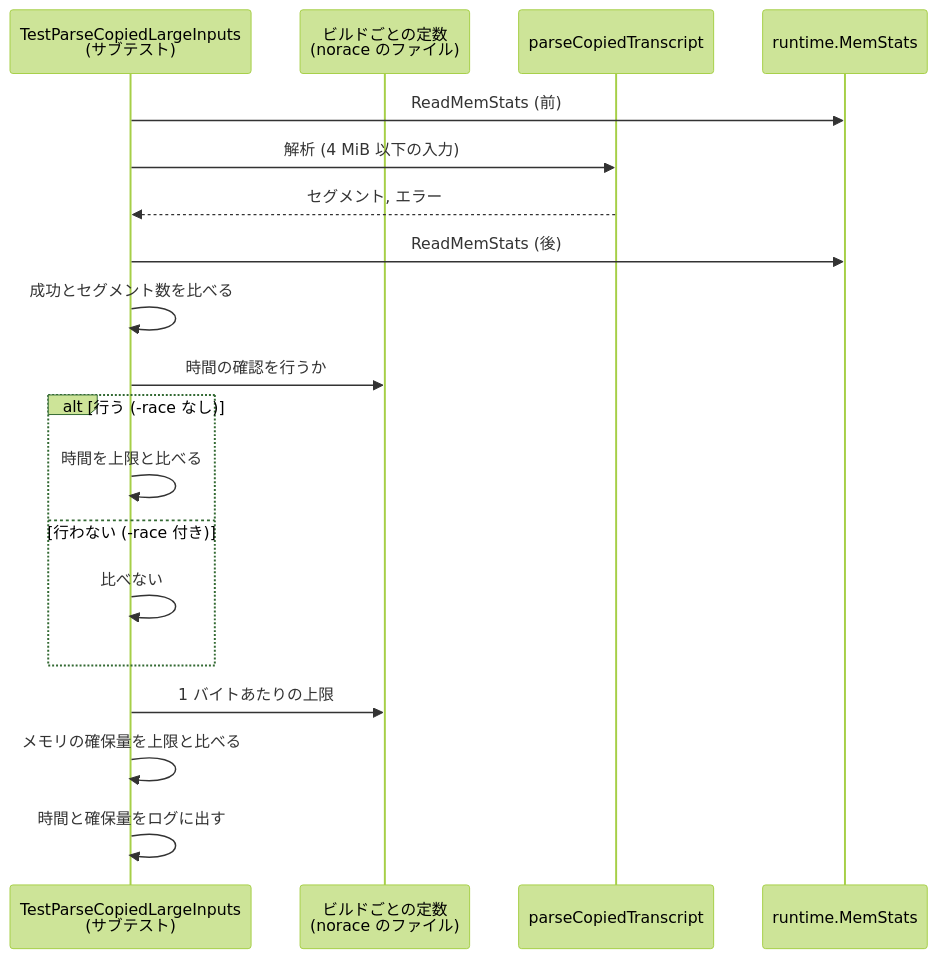
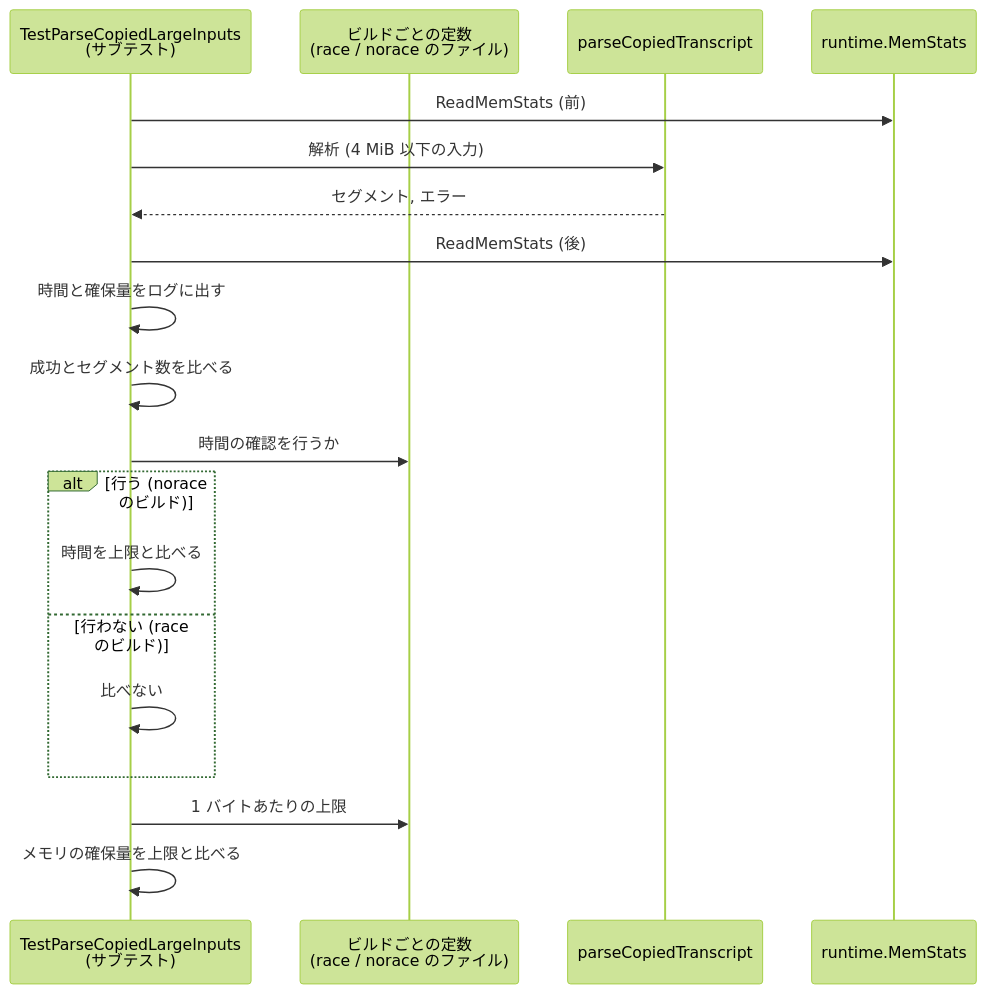
The fifth of 7 diagrams in docs/tasks/0039_large_input_test_timeout/02_architecture.md (isseis/yt2column), drawn with Mermaid (forest theme) before and after one commit. The commit also changed other lines of this file, not shown here.

First line of the commit message:
docs(0039): address architecture review and Japanese prose findings

````diff
--- a/docs/tasks/0039_large_input_test_timeout/02_architecture.md
+++ b/docs/tasks/0039_large_input_test_timeout/02_architecture.md
@@ -194,22 +199,22 @@
 ```mermaid
 sequenceDiagram
     participant T as TestParseCopiedLargeInputs<br>(サブテスト)
-    participant C as ビルドごとの定数<br>(norace のファイル)
+    participant C as ビルドごとの定数<br>(race / norace のファイル)
     participant P as parseCopiedTranscript
     participant R as runtime.MemStats
 
     T->>R: ReadMemStats (前)
     T->>P: 解析 (4 MiB 以下の入力)
     P-->>T: セグメント, エラー
     T->>R: ReadMemStats (後)
+    T->>T: 時間と確保量をログに出す
     T->>T: 成功とセグメント数を比べる
     T->>C: 時間の確認を行うか
-    alt 行う (-race なし)
+    alt 行う (norace のビルド)
         T->>T: 時間を上限と比べる
-    else 行わない (-race 付き)
+    else 行わない (race のビルド)
         T->>T: 比べない
     end
     T->>C: 1 バイトあたりの上限
     T->>T: メモリの確保量を上限と比べる
-    T->>T: 時間と確保量をログに出す
 ```
````
